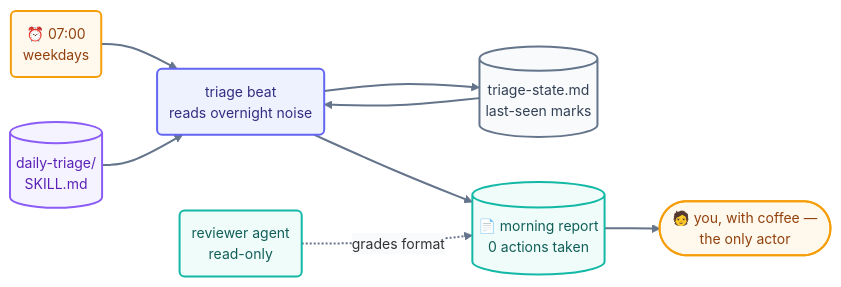
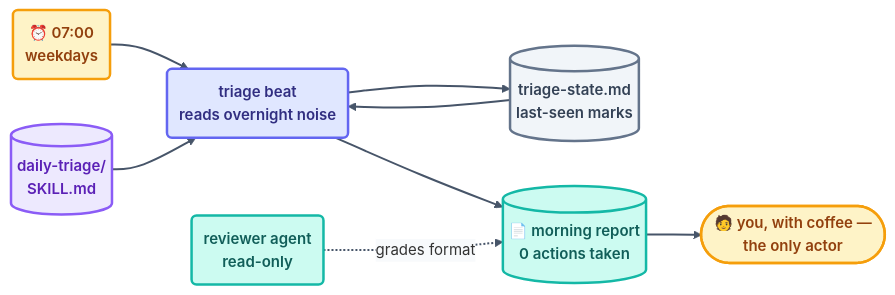
One commit to ayeshakhalid192007-dev/LoopEngineering-CrashCourse changed the diagram in docs/07-part-5-complete-loop/13-build-the-loop-twice.md. Above: the diagram before and after it, drawn with Mermaid. The commit also changed 66 other files, not shown here.

First line of the commit message:
docs(diagrams): visibly bolder pass — deeper fills, heavier strokes, semibold labels

````diff
--- a/docs/07-part-5-complete-loop/13-build-the-loop-twice.md
+++ b/docs/07-part-5-complete-loop/13-build-the-loop-twice.md
@@ -43,19 +43,19 @@
 ```mermaid
-%%{init: {'theme':'base','themeVariables':{'fontFamily':'ui-sans-serif, system-ui, sans-serif','fontSize':'14px','lineColor':'#64748b','edgeLabelBackground':'#f8fafc'},'flowchart':{'curve':'basis','nodeSpacing':45,'rankSpacing':55,'padding':12}}}%%
+%%{init: {'theme':'base','themeVariables':{'fontFamily':'ui-sans-serif, system-ui, sans-serif','fontSize':'15px','lineColor':'#475569','edgeLabelBackground':'#f8fafc'},'flowchart':{'curve':'basis','nodeSpacing':45,'rankSpacing':55,'padding':12}}}%%
 flowchart LR
     HB("⏰ 07:00<br/>weekdays"):::time --> B("triage beat<br/>reads overnight noise"):::beat
     SK[("daily-triage/<br/>SKILL.md")]:::cfg --> B
     SP[("triage-state.md<br/>last-seen marks")]:::file --> B
     B --> R[("📄 morning report<br/>0 actions taken")]:::win
     B --> SP
     RV("reviewer agent<br/>read-only"):::check -.->|grades format| R
     R --> H(["🧑 you, with coffee —<br/>the only actor"]):::human
-    linkStyle default stroke:#64748b,stroke-width:2px;
-    classDef time fill:#fef9ec,stroke:#f59e0b,stroke-width:2px,color:#92400e;
-    classDef beat fill:#eef2ff,stroke:#6366f1,stroke-width:2px,color:#312e81;
-    classDef cfg fill:#f5f3ff,stroke:#8b5cf6,stroke-width:2px,color:#5b21b6;
-    classDef file fill:#f8fafc,stroke:#64748b,stroke-width:2px,color:#334155;
-    classDef check fill:#effcf9,stroke:#14b8a6,stroke-width:2px,color:#115e59;
-    classDef win fill:#effcf9,stroke:#14b8a6,stroke-width:2px,color:#115e59;
-    classDef human fill:#fef9ec,stroke:#f59e0b,stroke-width:2px,color:#92400e;
+    linkStyle default stroke:#475569,stroke-width:2px;
+    classDef time fill:#fef3c7,stroke:#f59e0b,stroke-width:2.5px,color:#92400e,font-weight:600;
+    classDef beat fill:#e0e7ff,stroke:#6366f1,stroke-width:2.5px,color:#312e81,font-weight:600;
+    classDef cfg fill:#ede9fe,stroke:#8b5cf6,stroke-width:2.5px,color:#5b21b6,font-weight:600;
+    classDef file fill:#f1f5f9,stroke:#64748b,stroke-width:2.5px,color:#334155,font-weight:600;
+    classDef check fill:#ccfbf1,stroke:#14b8a6,stroke-width:2.5px,color:#115e59,font-weight:600;
+    classDef win fill:#ccfbf1,stroke:#14b8a6,stroke-width:2.5px,color:#115e59,font-weight:600;
+    classDef human fill:#fef3c7,stroke:#f59e0b,stroke-width:2.5px,color:#92400e,font-weight:600;
 ```
````
